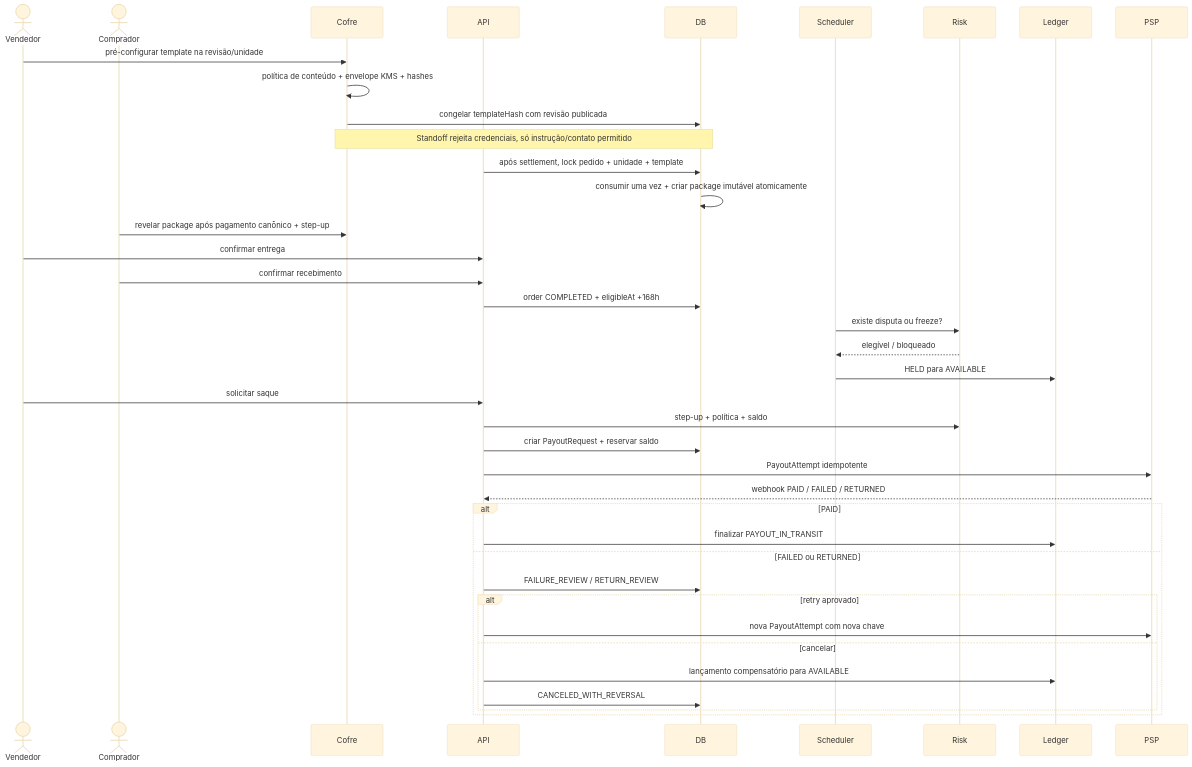
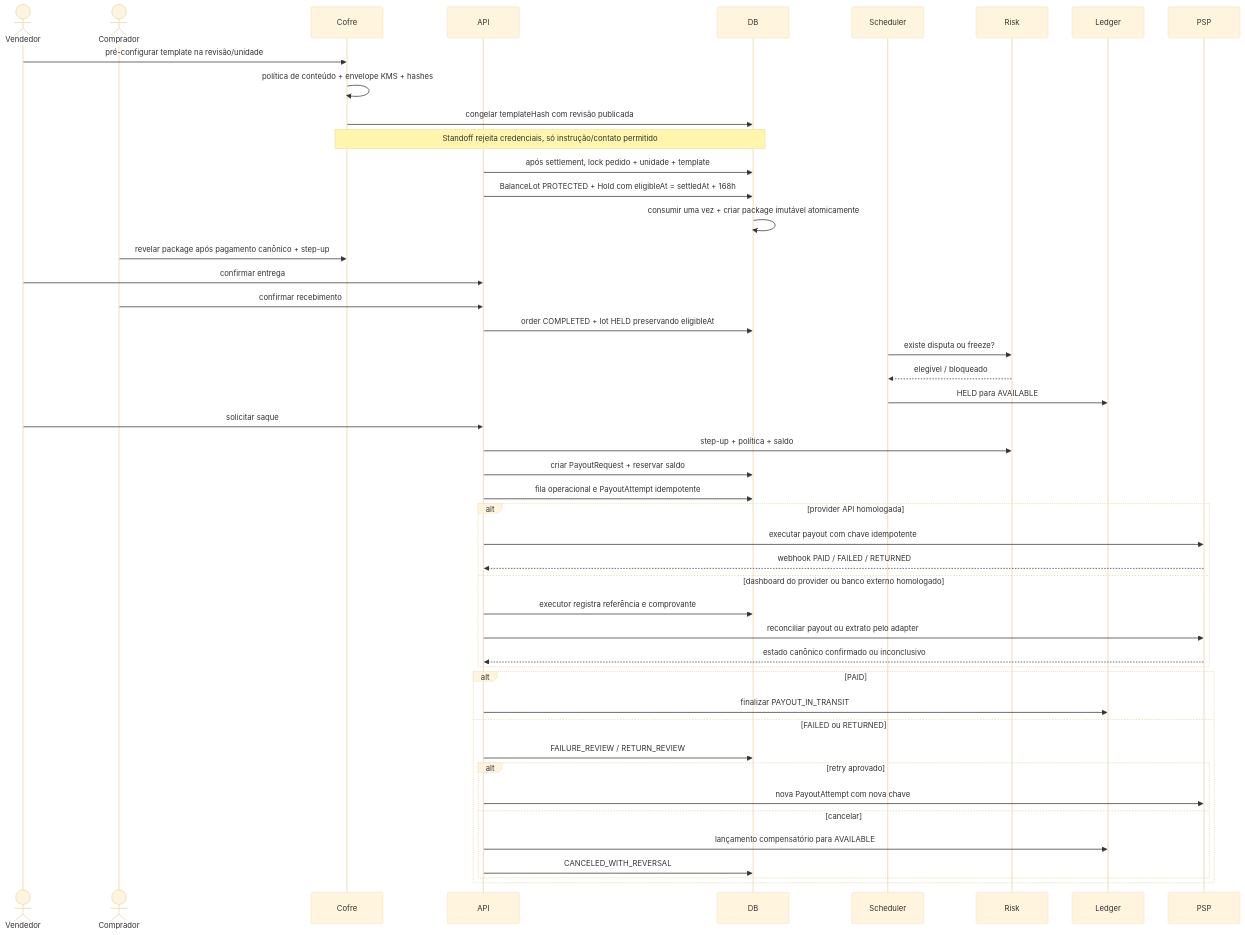
The tenth of 34 diagrams in docs/02-UML-ARQUITETURA.md (ehrodan/MARKEPLACE), drawn with Mermaid (base theme) before and after one commit. The commit also changed other lines of this file and 852 other files, not shown here.

````diff
--- a/docs/02-UML-ARQUITETURA.md
+++ b/docs/02-UML-ARQUITETURA.md
@@ -485,42 +772,50 @@
 ```mermaid
 sequenceDiagram
     actor Seller as Vendedor
     actor Buyer as Comprador
     participant Vault as Cofre
     participant API
     participant DB
     participant Scheduler
     participant Risk
     participant Ledger
     participant PSP
 
     Seller->>Vault: pré-configurar template na revisão/unidade
     Vault->>Vault: política de conteúdo + envelope KMS + hashes
     Vault->>DB: congelar templateHash com revisão publicada
     Note over Vault,DB: Standoff rejeita credenciais, só instrução/contato permitido
     API->>DB: após settlement, lock pedido + unidade + template
+    API->>DB: BalanceLot PROTECTED + Hold com eligibleAt = settledAt + 168h
     DB->>DB: consumir uma vez + criar package imutável atomicamente
     Buyer->>Vault: revelar package após pagamento canônico + step-up
     Seller->>API: confirmar entrega
     Buyer->>API: confirmar recebimento
-    API->>DB: order COMPLETED + eligibleAt +168h
+    API->>DB: order COMPLETED + lot HELD preservando eligibleAt
     Scheduler->>Risk: existe disputa ou freeze?
     Risk-->>Scheduler: elegível / bloqueado
     Scheduler->>Ledger: HELD para AVAILABLE
     Seller->>API: solicitar saque
     API->>Risk: step-up + política + saldo
     API->>DB: criar PayoutRequest + reservar saldo
-    API->>PSP: PayoutAttempt idempotente
-    PSP-->>API: webhook PAID / FAILED / RETURNED
+    API->>DB: fila operacional e PayoutAttempt idempotente
+    alt provider API homologada
+        API->>PSP: executar payout com chave idempotente
+        PSP-->>API: webhook PAID / FAILED / RETURNED
+    else dashboard do provider ou banco externo homologado
+        API->>DB: executor registra referência e comprovante
+        API->>PSP: reconciliar payout ou extrato pelo adapter
+        PSP-->>API: estado canônico confirmado ou inconclusivo
+    end
     alt PAID
         API->>Ledger: finalizar PAYOUT_IN_TRANSIT
     else FAILED ou RETURNED
         API->>DB: FAILURE_REVIEW / RETURN_REVIEW
         alt retry aprovado
             API->>PSP: nova PayoutAttempt com nova chave
         else cancelar
             API->>Ledger: lançamento compensatório para AVAILABLE
             API->>DB: CANCELED_WITH_REVERSAL
         end
     end
 ```
````
